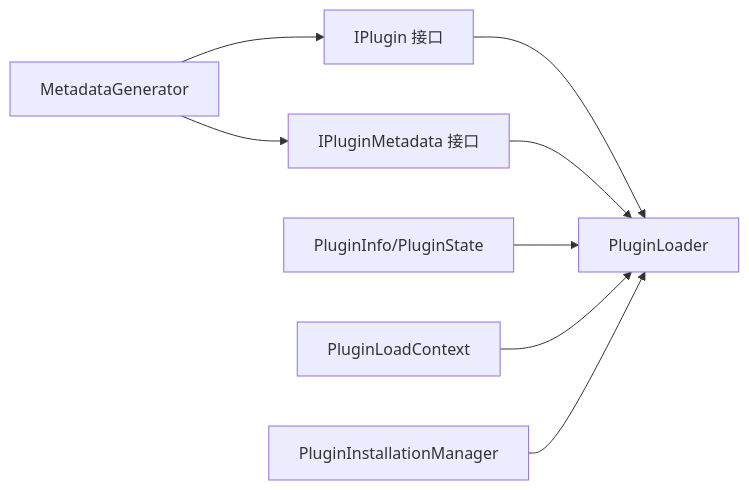
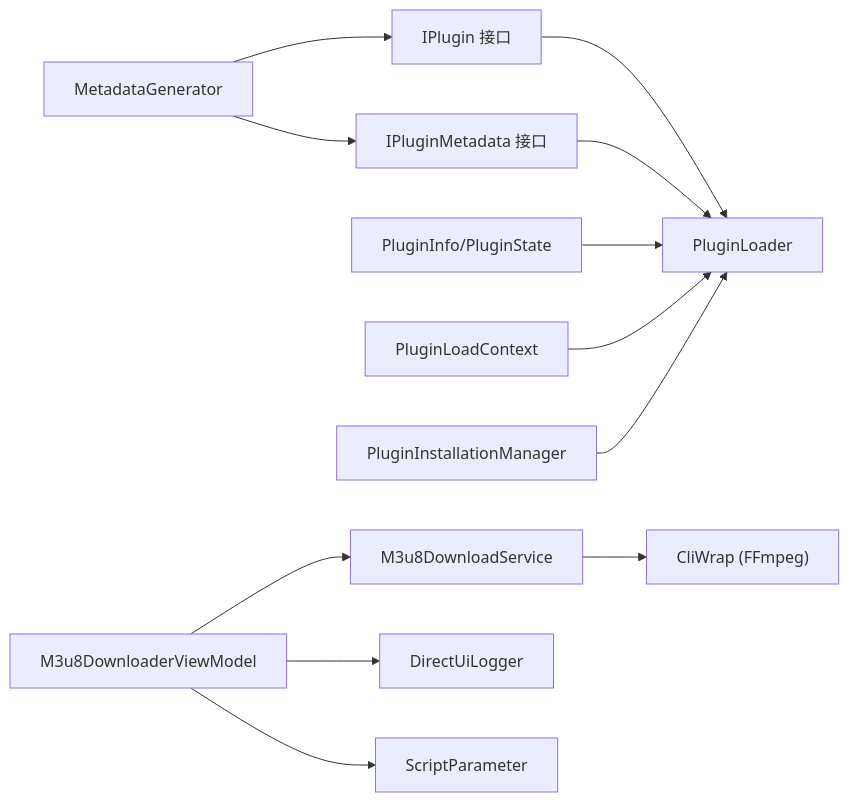
One commit to lytree/AvaloniaTemplate changed the tenth of 10 diagrams in .qoder/repowiki/zh/content/插件系统开发/插件系统开发.md. Above: the diagram before and after it, drawn with Mermaid. The commit also changed other lines of this file and 3 other files, not shown here.

````diff
--- a/.qoder/repowiki/zh/content/插件系统开发/插件系统开发.md
+++ b/.qoder/repowiki/zh/content/插件系统开发/插件系统开发.md
@@ -324,10 +440,14 @@
 ```mermaid
 graph LR
 IPlugin["IPlugin 接口"] --> Loader["PluginLoader"]
 IPluginMeta["IPluginMetadata 接口"] --> Loader
 Models["PluginInfo/PluginState"] --> Loader
 Ctx["PluginLoadContext"] --> Loader
 Installer["PluginInstallationManager"] --> Loader
 Gen["MetadataGenerator"] --> IPlugin
 Gen --> IPluginMeta
+DLVM["M3u8DownloaderViewModel"] --> DLService["M3u8DownloadService"]
+DLService --> CliWrap["CliWrap (FFmpeg)"]
+DLVM --> DirectUI["DirectUiLogger"]
+DLVM --> ScriptParam["ScriptParameter"]
 ```
````
